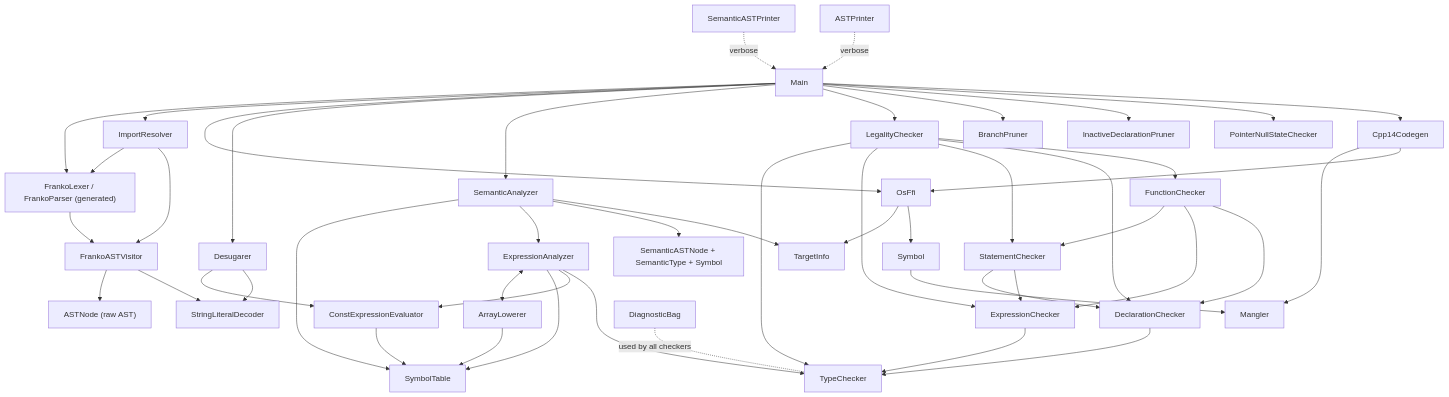
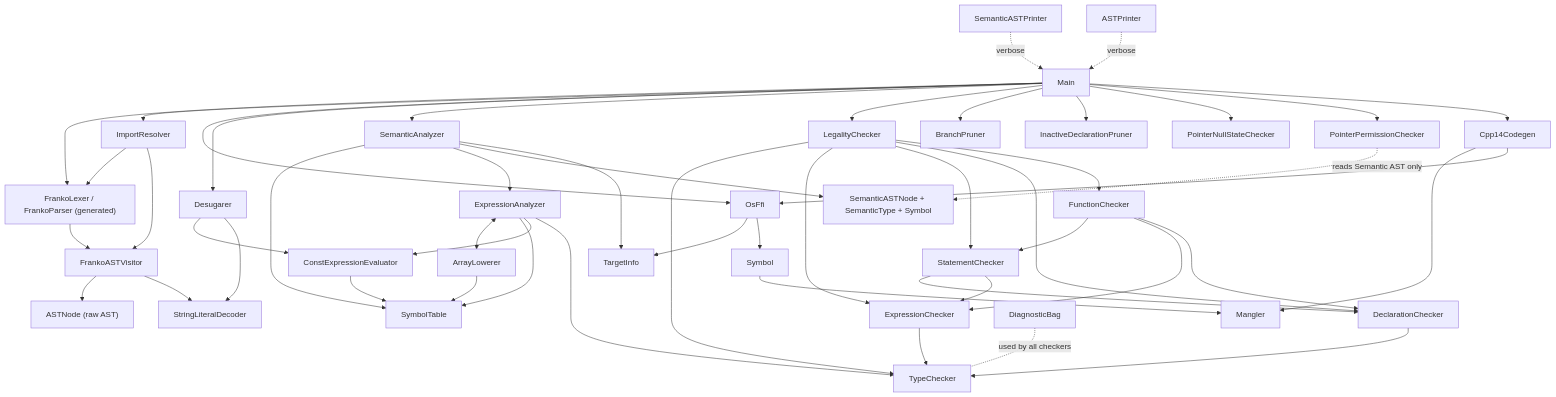
The diagram in compiler_docs.md (titusng0110/franko), drawn with Mermaid before and after one commit. The commit also changed other lines of this file and 210 other files, not shown here.

````diff
--- a/compiler_docs.md
+++ b/compiler_docs.md
@@ -78,50 +82,52 @@
 ```mermaid
 flowchart TD
     Main --> FrankoLexer["FrankoLexer / FrankoParser (generated)"]
     FrankoLexer --> FrankoASTVisitor
     FrankoASTVisitor --> ASTNode["ASTNode (raw AST)"]
     Main --> ImportResolver
     ImportResolver --> FrankoLexer
     ImportResolver --> FrankoASTVisitor
     Main --> OsFfi
     Main --> Desugarer
     Main --> SemanticAnalyzer
     SemanticAnalyzer --> SymbolTable
     SemanticAnalyzer --> ExpressionAnalyzer
     ExpressionAnalyzer <--> ArrayLowerer
     ExpressionAnalyzer --> SymbolTable
     ExpressionAnalyzer --> ConstExpressionEvaluator
     ExpressionAnalyzer --> TypeChecker
     ArrayLowerer --> SymbolTable
     ConstExpressionEvaluator --> SymbolTable
     SemanticAnalyzer --> SemanticASTNode["SemanticASTNode + SemanticType + Symbol"]
     Main --> LegalityChecker
     LegalityChecker --> TypeChecker
     LegalityChecker --> ExpressionChecker
     LegalityChecker --> StatementChecker
     LegalityChecker --> DeclarationChecker
     LegalityChecker --> FunctionChecker
     FunctionChecker --> StatementChecker
     FunctionChecker --> ExpressionChecker
     FunctionChecker --> DeclarationChecker
     StatementChecker --> DeclarationChecker
     StatementChecker --> ExpressionChecker
     ExpressionChecker --> TypeChecker
     DeclarationChecker --> TypeChecker
     Main --> BranchPruner
     Main --> InactiveDeclarationPruner
     Main --> PointerNullStateChecker
+    Main --> PointerPermissionChecker
+    PointerPermissionChecker -. reads Semantic AST only .-> SemanticASTNode
     Main --> Cpp14Codegen
     Cpp14Codegen --> Mangler
     Cpp14Codegen --> OsFfi
     OsFfi --> TargetInfo
     OsFfi --> Symbol
     Symbol --> Mangler
     SemanticAnalyzer --> TargetInfo
     Desugarer --> ConstExpressionEvaluator
     Desugarer --> StringLiteralDecoder
     FrankoASTVisitor --> StringLiteralDecoder
     SemanticASTPrinter -. verbose .-> Main
     ASTPrinter -. verbose .-> Main
     DiagnosticBag -. used by all checkers .- TypeChecker
 ```
````
